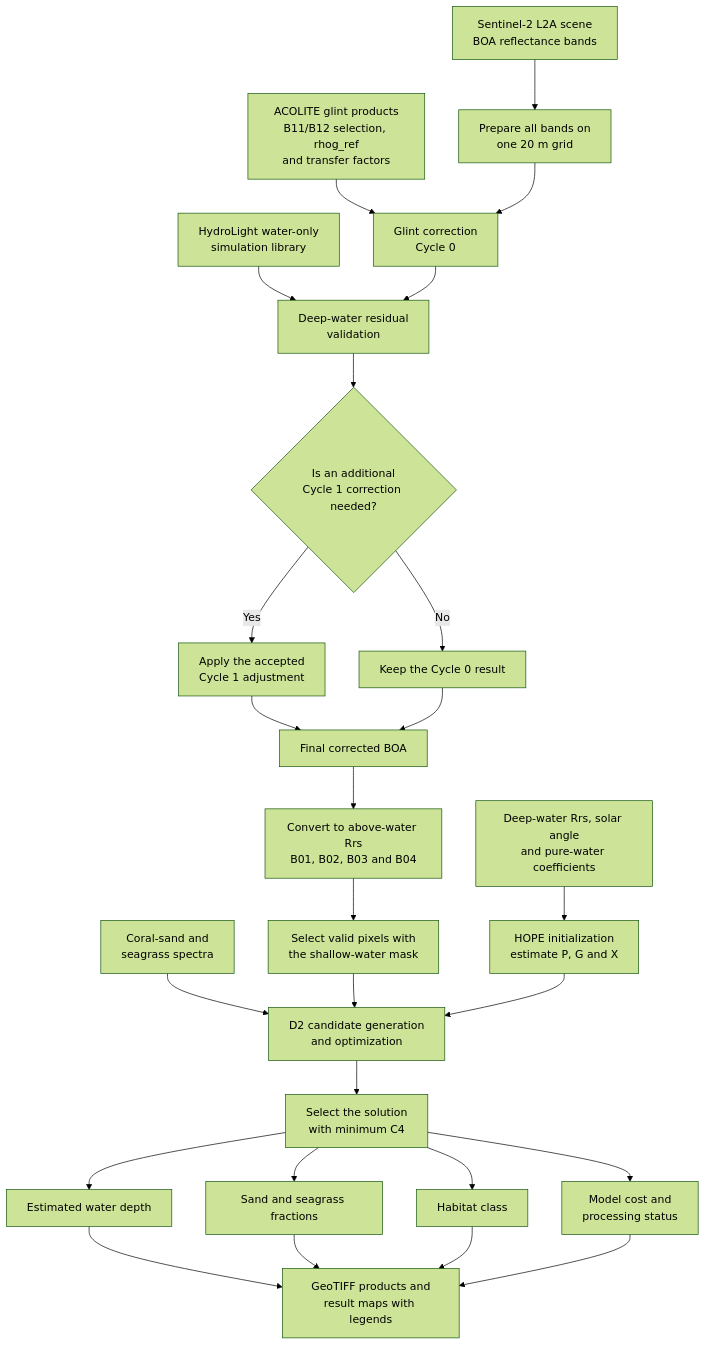
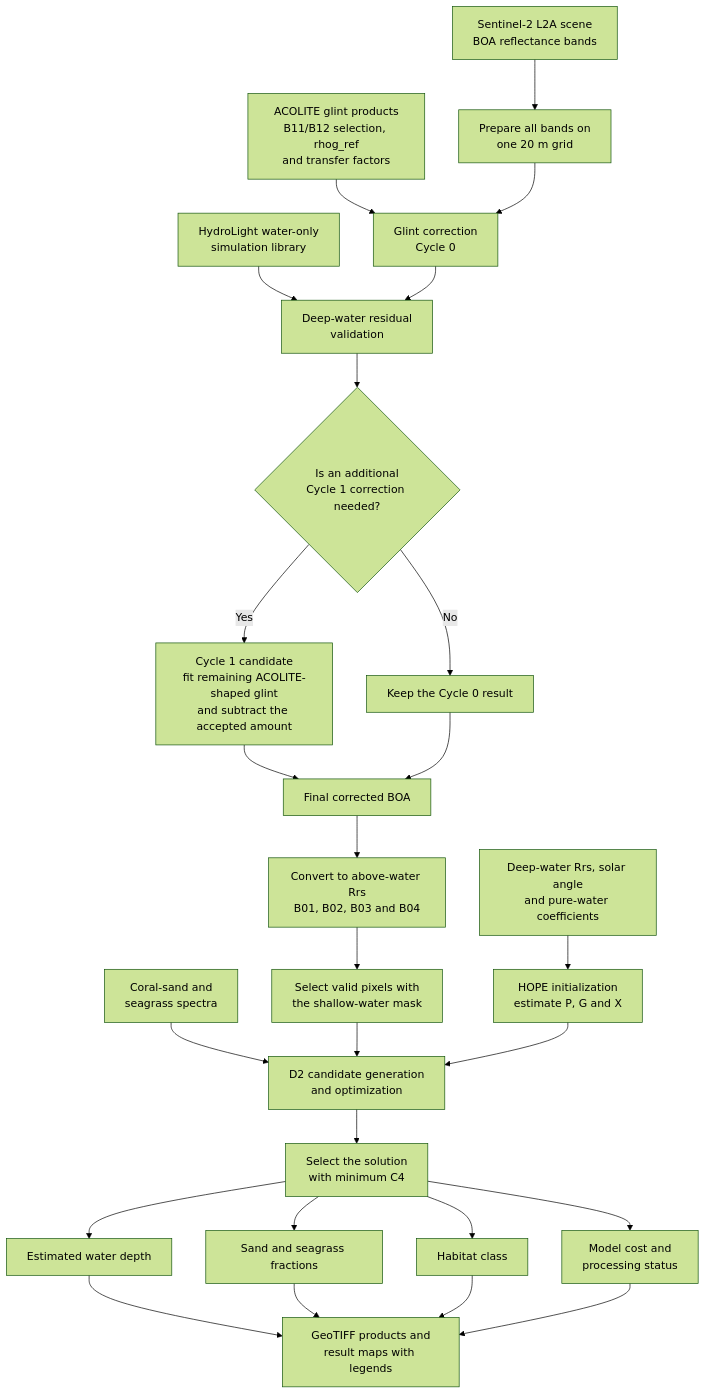
One commit to PNU-qureos-lab/2026_PCIS_Project changed the diagram in README.md. Above: the diagram before and after it, drawn with Mermaid (forest theme). The commit also changed other lines of this file and 1 other file, not shown here.

Commit message:
Document the Cycle 1 residual calculation

````diff
--- a/README.md
+++ b/README.md
@@ -27,28 +27,28 @@
 ```mermaid
 flowchart TD
     A[Sentinel-2 L2A scene<br/>BOA reflectance bands] --> D[Prepare all bands on<br/>one 20 m grid]
     B[ACOLITE glint products<br/>B11/B12 selection, rhog_ref<br/>and transfer factors] --> E[Glint correction<br/>Cycle 0]
     C[HydroLight water-only<br/>simulation library] --> F[Deep-water residual<br/>validation]
     D --> E
     E --> F
     F --> G{Is an additional<br/>Cycle 1 correction needed?}
-    G -->|Yes| H[Apply the accepted<br/>Cycle 1 adjustment]
+    G -->|Yes| H[Cycle 1 candidate<br/>fit remaining ACOLITE-shaped glint<br/>and subtract the accepted amount]
     G -->|No| I[Keep the Cycle 0 result]
     H --> J[Final corrected BOA]
     I --> J
     J --> K[Convert to above-water Rrs<br/>B01, B02, B03 and B04]
     K --> L[Select valid pixels with<br/>the shallow-water mask]
     M[Deep-water Rrs, solar angle<br/>and pure-water coefficients] --> N[HOPE initialization<br/>estimate P, G and X]
     O[Coral-sand and<br/>seagrass spectra] --> P[D2 candidate generation<br/>and optimization]
     L --> P
     N --> P
     P --> Q[Select the solution<br/>with minimum C4]
     Q --> R[Estimated water depth]
     Q --> S[Sand and seagrass fractions]
     Q --> T[Habitat class]
     Q --> U[Model cost and<br/>processing status]
     R --> V[GeoTIFF products and<br/>result maps with legends]
     S --> V
     T --> V
     U --> V
 ```
````
